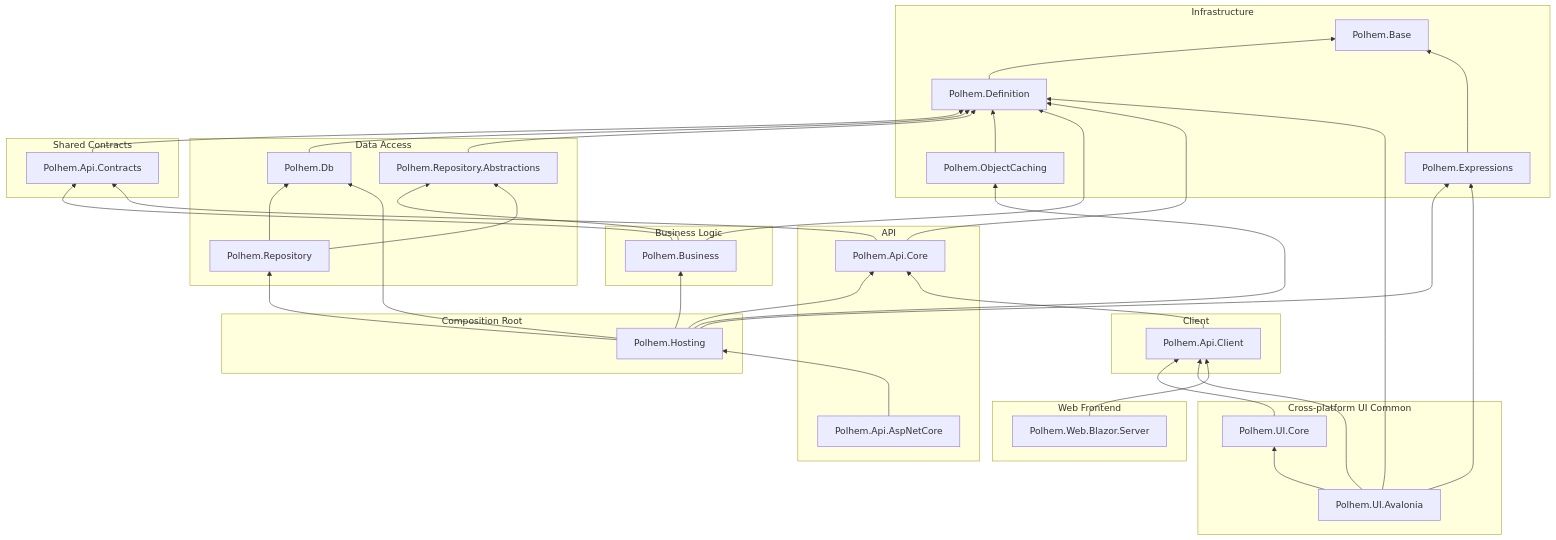
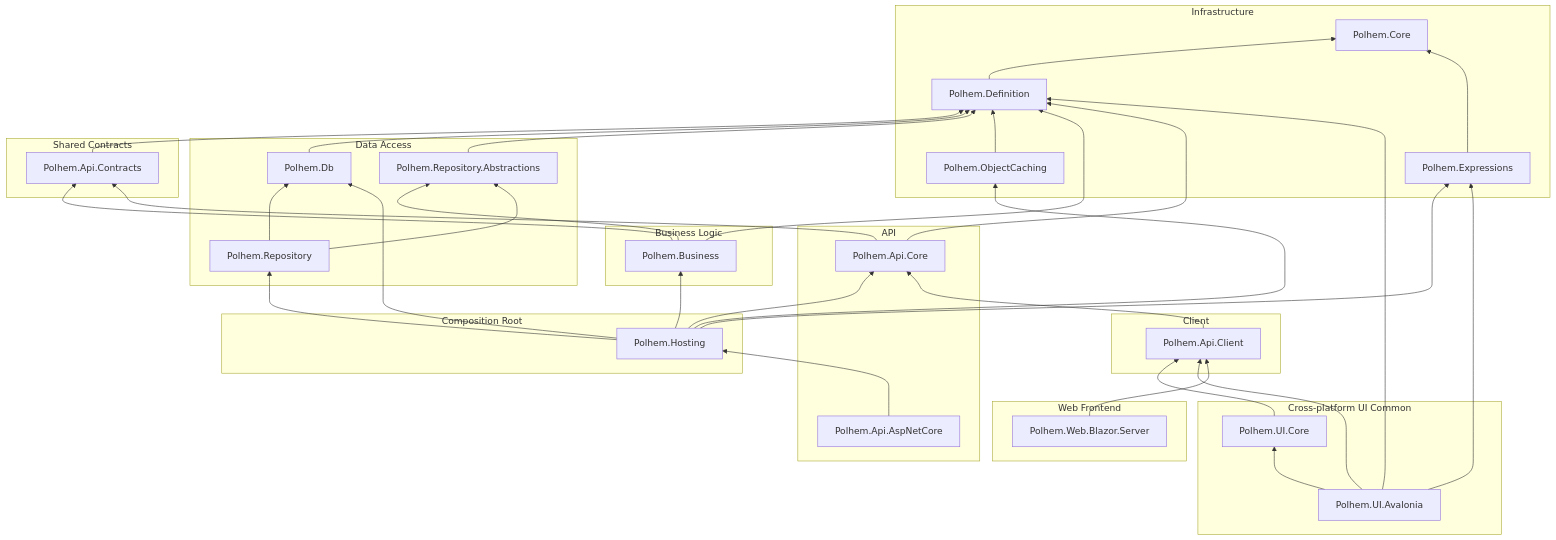
Before and after one commit to polhem-dev/polhem: the diagram in docs/en/architecture/dependency-map.md, drawn with Mermaid. The commit also changed other lines of this file and 23 other files, not shown here.

First line of the commit message:
Follow the Polhem.Core rename in the user documents (#43)

````diff
--- a/docs/en/architecture/dependency-map.md
+++ b/docs/en/architecture/dependency-map.md
@@ -15,73 +15,73 @@
 ```mermaid
 graph BT
   subgraph Infrastructure
-    Base["Polhem.Base"]
+    Base["Polhem.Core"]
     Expressions["Polhem.Expressions"]
     Definition["Polhem.Definition"]
     Caching["Polhem.ObjectCaching"]
   end
 
   subgraph DataAccess [Data Access]
     RepoAbs["Polhem.Repository.Abstractions"]
     Db["Polhem.Db"]
     Repo["Polhem.Repository"]
   end
 
   subgraph BusinessLogic [Business Logic]
     Business["Polhem.Business"]
   end
 
   subgraph SharedContracts [Shared Contracts]
     Contracts["Polhem.Api.Contracts"]
   end
 
   subgraph API
     Core["Polhem.Api.Core"]
     AspNet["Polhem.Api.AspNetCore"]
   end
 
   subgraph CompositionRoot [Composition Root]
     Hosting["Polhem.Hosting"]
   end
 
   subgraph ClientLayer [Client]
     Client["Polhem.Api.Client"]
   end
 
   subgraph CrossPlatformUI [Cross-platform UI Common]
     UICore["Polhem.UI.Core"]
     UIAvalonia["Polhem.UI.Avalonia"]
   end
 
   subgraph WebFrontend [Web Frontend]
     BlazorSrv["Polhem.Web.Blazor.Server"]
   end
 
   Definition --> Base
   Expressions --> Base
   Hosting --> Expressions
   UIAvalonia --> Expressions
   Contracts --> Definition
   Db --> Definition
   RepoAbs --> Definition
   Caching --> Definition
   Business --> Contracts
   Business --> Definition
   Business --> RepoAbs
   Repo --> Db
   Repo --> RepoAbs
   Core --> Contracts
   Core --> Definition
   Hosting --> Core
   Hosting --> Business
   Hosting --> Db
   Hosting --> Repo
   Hosting --> Caching
   AspNet --> Hosting
   Client --> Core
   UICore --> Client
   UIAvalonia --> UICore
   UIAvalonia --> Client
   UIAvalonia --> Definition
   BlazorSrv --> Client
 ```
````
